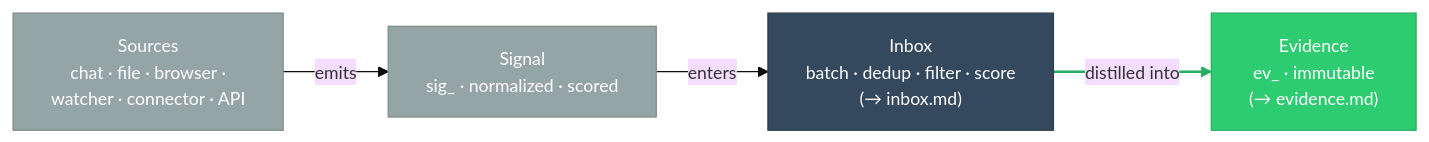
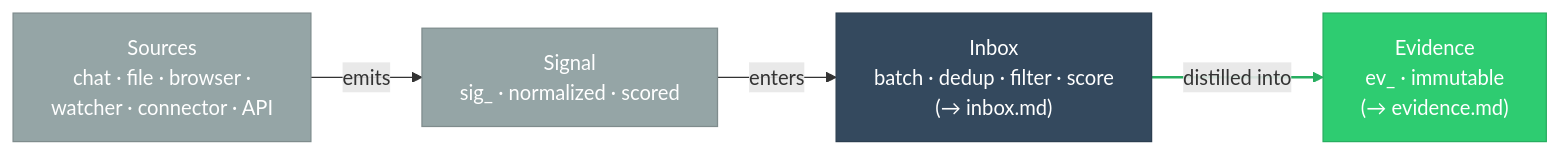
One commit to alex-oleshkevich/dailydrift changed the second of 2 diagrams in specs/signals.md. Above: the diagram before and after it, drawn with Mermaid. The commit also changed other lines of this file and 44 other files, not shown here.

````diff
--- a/specs/signals.md
+++ b/specs/signals.md
@@ -175,18 +180,17 @@
 ```mermaid
-%%{init: {'theme': 'base', 'themeVariables': {'fontSize': '14px'}}}%%
 flowchart LR
     classDef input fill:#95A5A6,stroke:#7F8C8D,color:#fff
     classDef stage fill:#34495E,stroke:#2C3E50,color:#fff
     classDef fact fill:#2ECC71,stroke:#27AE60,color:#fff
 
-    SRC["Sources\nchat · file · browser ·\nwatcher · connector · API"]:::input
-    SIG["Signal\nsig_ · normalized · scored"]:::input
-    BOX["Inbox\nbatch · dedup · filter · score\n(→ inbox.md)"]:::stage
-    EV["Evidence\nev_ · immutable\n(→ evidence.md)"]:::fact
+    SRC["Sources<br/>chat · file · browser ·<br/>watcher · connector · API"]:::input
+    SIG["Signal<br/>sig_ · normalized · scored"]:::input
+    BOX["Inbox<br/>batch · dedup · filter · score<br/>(→ inbox.md)"]:::stage
+    EV["Evidence<br/>ev_ · immutable<br/>(→ evidence.md)"]:::fact
 
     SRC -->|"emits"| SIG
     SIG -->|"enters"| BOX
     BOX -->|"distilled into"| EV
 
     linkStyle 2 stroke:#27AE60,stroke-width:2px
 ```
````
